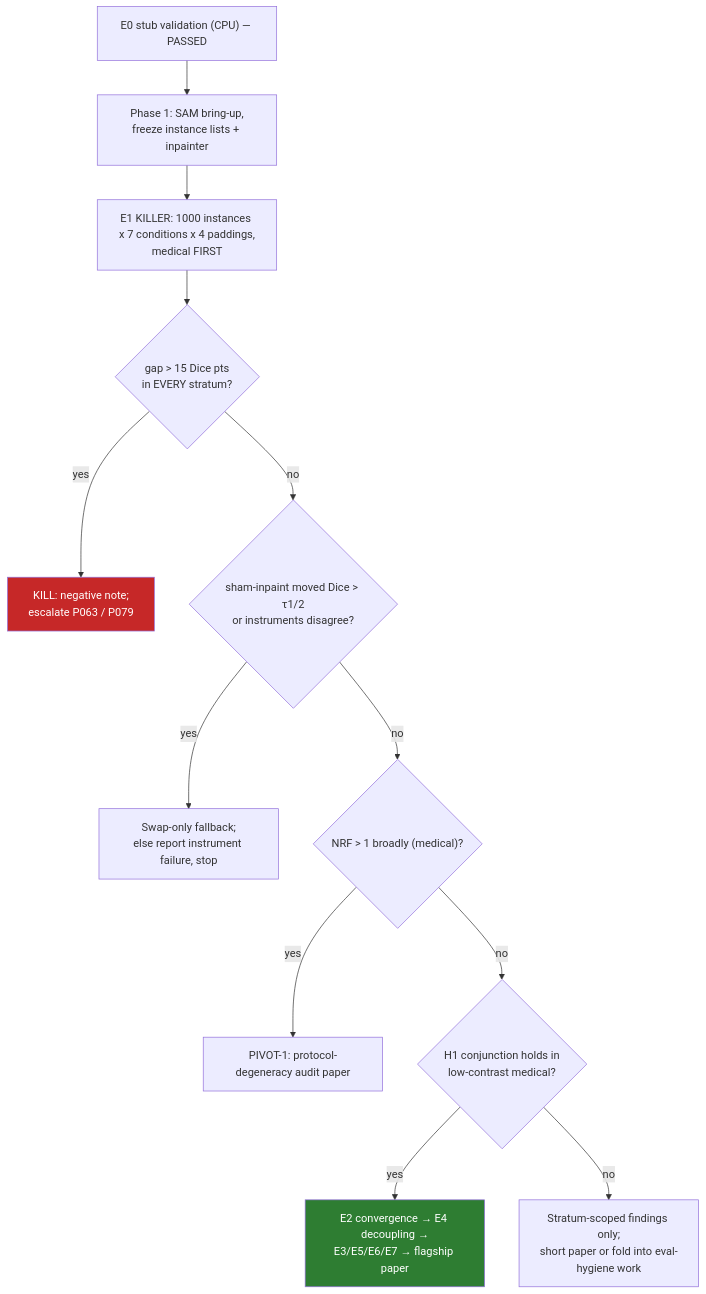
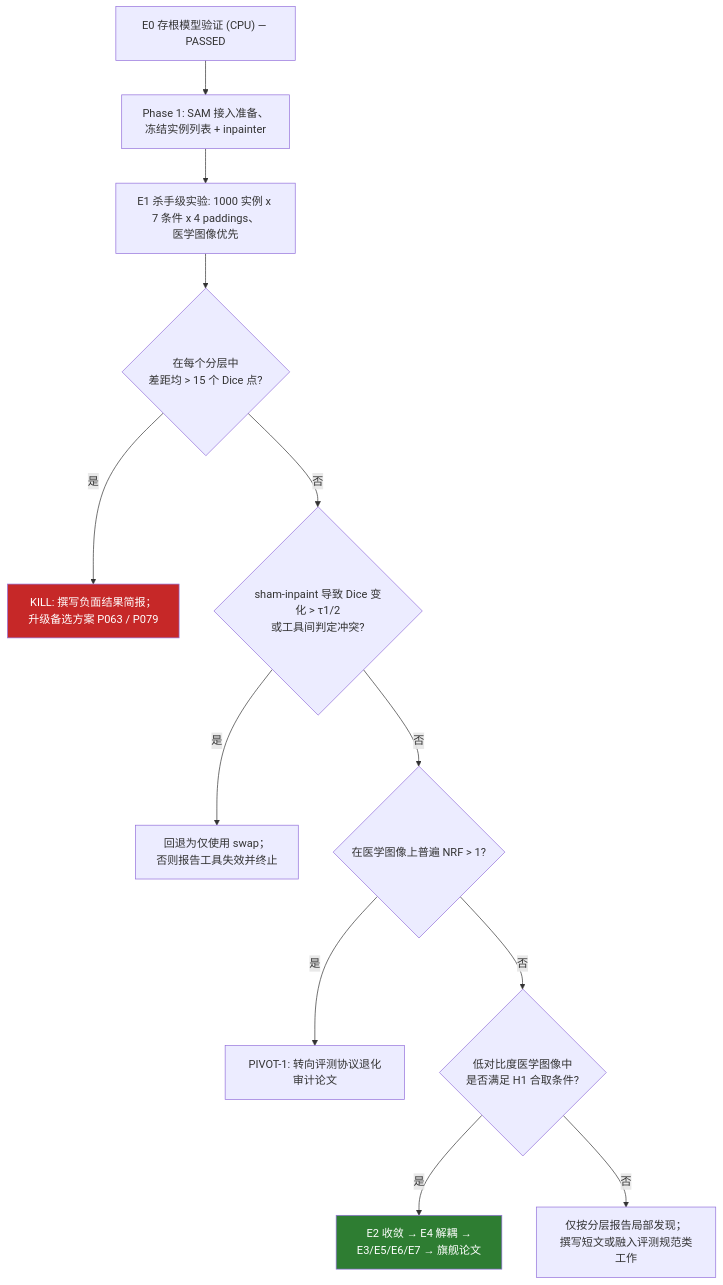
Before and after one commit to songkang688/idea: the third of 4 diagrams in Windows4/Idea_01/diagrams/architecture.md, drawn with Mermaid. The commit also changed other lines of this file and 74 other files, not shown here.

````diff
--- a/Windows4/Idea_01/diagrams/architecture.md
+++ b/Windows4/Idea_01/diagrams/architecture.md
@@ -73,17 +73,17 @@
 ```mermaid
 flowchart TD
-    E0["E0 stub validation (CPU) — PASSED"] --> P1["Phase 1: SAM bring-up,<br/>freeze instance lists + inpainter"]
-    P1 --> E1["E1 KILLER: 1000 instances x 7 conditions x 4 paddings,<br/>medical FIRST"]
-    E1 --> K{"gap > 15 Dice pts<br/>in EVERY stratum?"}
-    K -- yes --> DEAD["KILL: negative note;<br/>escalate P063 / P079"]
-    K -- no --> IK{"sham-inpaint moved Dice > &tau;1/2<br/>or instruments disagree?"}
-    IK -- yes --> FB["Swap-only fallback;<br/>else report instrument failure, stop"]
-    IK -- no --> PV{"NRF > 1 broadly (medical)?"}
-    PV -- yes --> PIVOT["PIVOT-1: protocol-degeneracy audit paper"]
-    PV -- no --> H1{"H1 conjunction holds in<br/>low-contrast medical?"}
-    H1 -- yes --> PROG["E2 convergence &rarr; E4 decoupling &rarr;<br/>E3/E5/E6/E7 &rarr; flagship paper"]
-    H1 -- no --> PARTIAL["Stratum-scoped findings only;<br/>short paper or fold into eval-hygiene work"]
+    E0["E0 存根模型验证 (CPU) — PASSED"] --> P1["Phase 1: SAM 接入准备、<br/>冻结实例列表 + inpainter"]
+    P1 --> E1["E1 杀手级实验: 1000 实例 x 7 条件 x 4 paddings、<br/>医学图像优先"]
+    E1 --> K{"在每个分层中<br/>差距均 > 15 个 Dice 点?"}
+    K -- 是 --> DEAD["KILL: 撰写负面结果简报；<br/>升级备选方案 P063 / P079"]
+    K -- 否 --> IK{"sham-inpaint 导致 Dice 变化 > &tau;1/2<br/>或工具间判定冲突?"}
+    IK -- 是 --> FB["回退为仅使用 swap；<br/>否则报告工具失效并终止"]
+    IK -- 否 --> PV{"在医学图像上普遍 NRF > 1?"}
+    PV -- 是 --> PIVOT["PIVOT-1: 转向评测协议退化审计论文"]
+    PV -- 否 --> H1{"低对比度医学图像中<br/>是否满足 H1 合取条件?"}
+    H1 -- 是 --> PROG["E2 收敛 &rarr; E4 解耦 &rarr;<br/>E3/E5/E6/E7 &rarr; 旗舰论文"]
+    H1 -- 否 --> PARTIAL["仅按分层报告局部发现；<br/>撰写短文或融入评测规范类工作"]
 
     style DEAD fill:#c62828,color:#fff
     style PROG fill:#2e7d32,color:#fff
 ```
````
